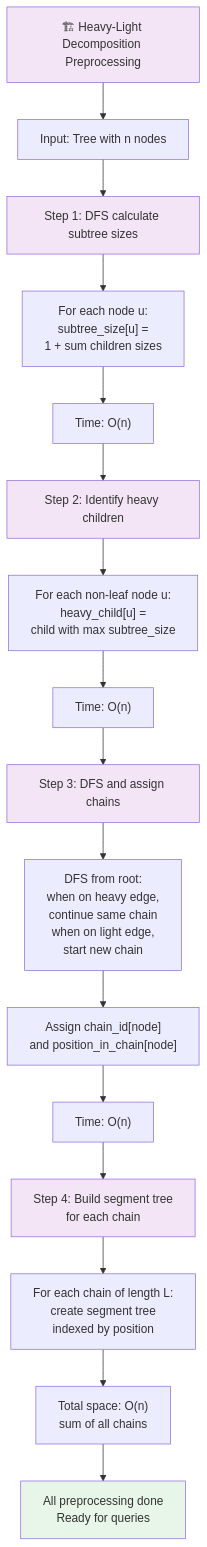
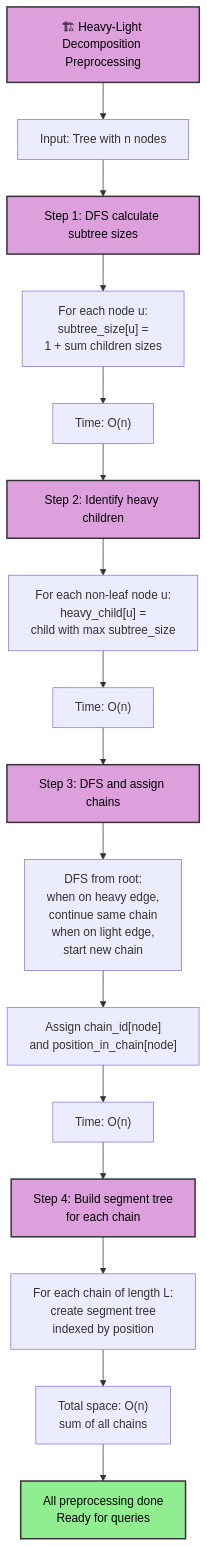
Before and after one commit to souradeepta/interviewprep: the third of 4 diagrams in docs/advanced_ds/heavy_light_decomposition.md, drawn with Mermaid. The commit also changed other lines of this file and 31 other files, not shown here.

Commit message:
updated graphs

````diff
--- a/docs/advanced_ds/heavy_light_decomposition.md
+++ b/docs/advanced_ds/heavy_light_decomposition.md
@@ -148,25 +148,25 @@
 ```mermaid
 flowchart TD
     A["🏗 Heavy-Light Decomposition Preprocessing"] --> B["Input: Tree with n nodes"]
     B --> C["Step 1: DFS calculate subtree sizes"]
     C --> D["For each node u:<br/>subtree_size[u] =<br/>1 + sum children sizes"]
     D --> E["Time: O(n)"]
     E --> F["Step 2: Identify heavy children"]
     F --> G["For each non-leaf node u:<br/>heavy_child[u] =<br/>child with max subtree_size"]
     G --> H["Time: O(n)"]
     H --> I["Step 3: DFS and assign chains"]
     I --> J["DFS from root:<br/>when on heavy edge,<br/>continue same chain<br/>when on light edge,<br/>start new chain"]
     J --> K["Assign chain_id[node]<br/>and position_in_chain[node]"]
     K --> L["Time: O(n)"]
     L --> M["Step 4: Build segment tree<br/>for each chain"]
     M --> N["For each chain of length L:<br/>create segment tree<br/>indexed by position"]
     N --> O["Total space: O(n)<br/>sum of all chains"]
     O --> P["All preprocessing done<br/>Ready for queries"]
     
-    style A fill:#f3e5f5
-    style C fill:#f3e5f5
-    style F fill:#f3e5f5
-    style I fill:#f3e5f5
-    style M fill:#f3e5f5
-    style P fill:#e8f5e9
+    style A fill:#dda0dd,color:#000,stroke:#333,stroke-width:2px
+    style C fill:#dda0dd,color:#000,stroke:#333,stroke-width:2px
+    style F fill:#dda0dd,color:#000,stroke:#333,stroke-width:2px
+    style I fill:#dda0dd,color:#000,stroke:#333,stroke-width:2px
+    style M fill:#dda0dd,color:#000,stroke:#333,stroke-width:2px
+    style P fill:#90ee90,color:#000,stroke:#333,stroke-width:2px
 ```
````
